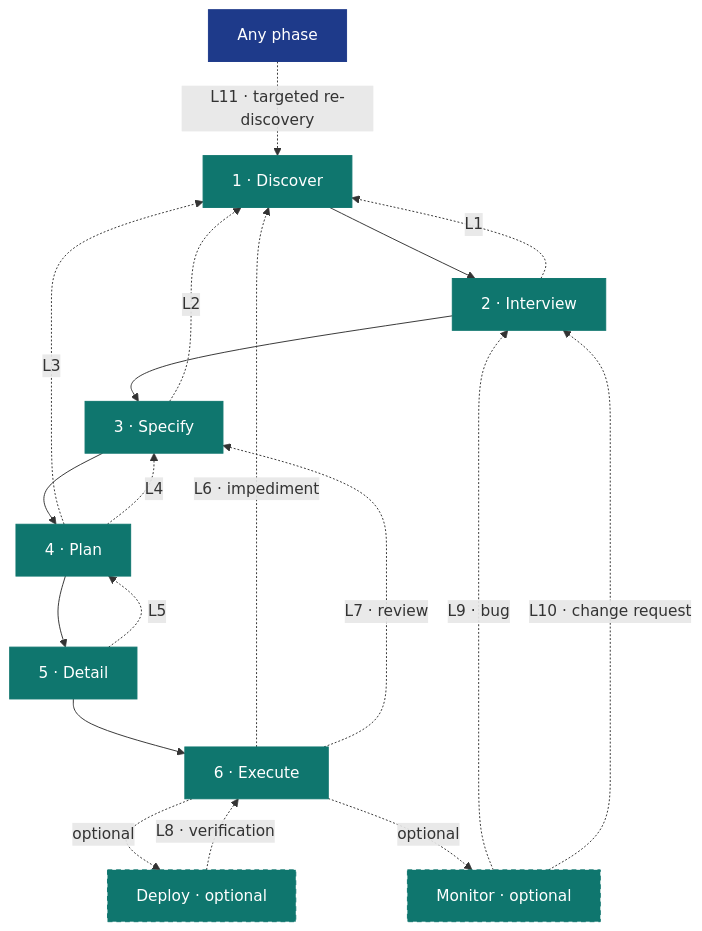
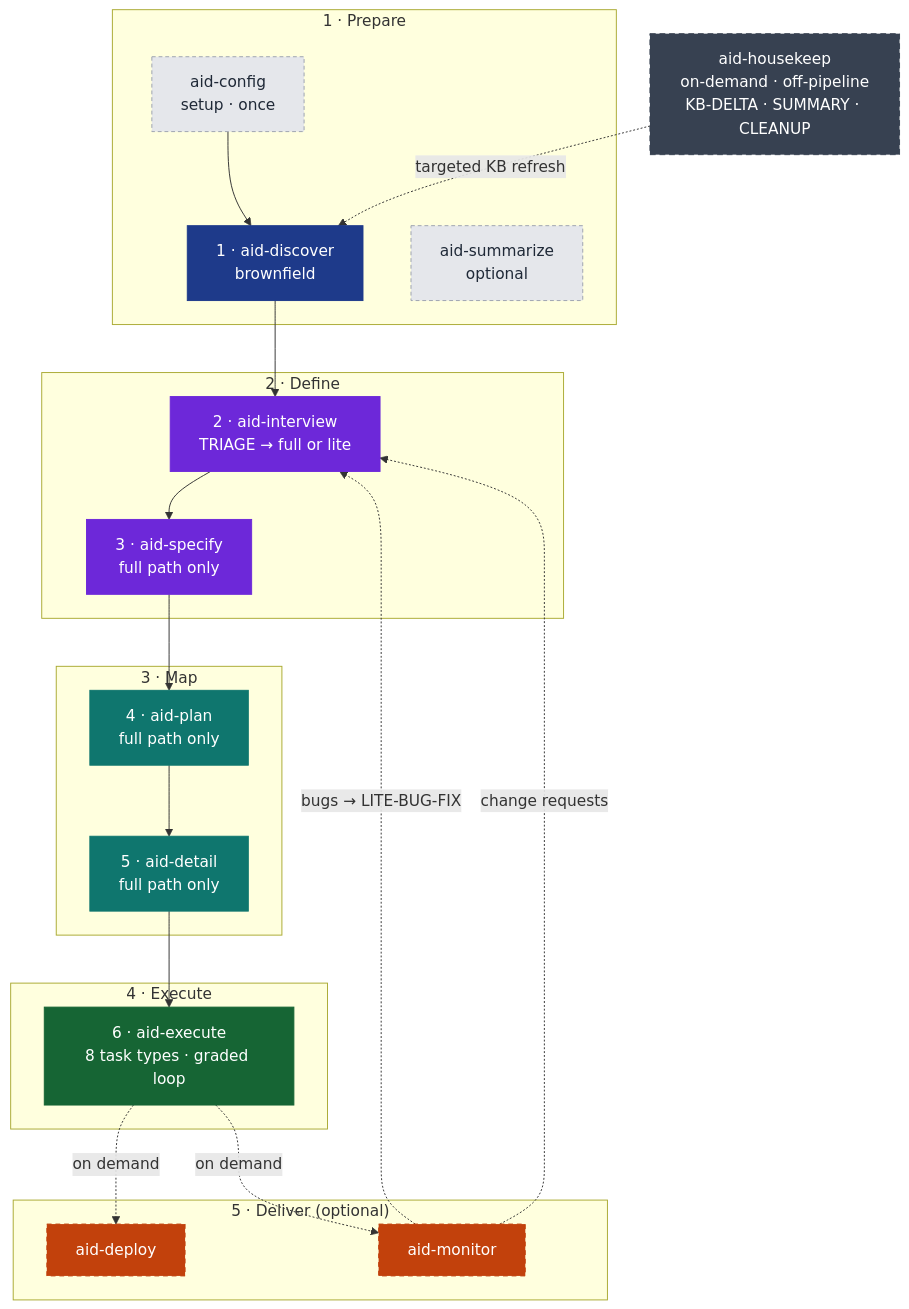
One commit to AndreVianna/aid-methodology changed the first of 7 diagrams in methodology/aid-methodology.md. Above: the diagram before and after it, drawn with Mermaid. The commit also changed other lines of this file and 4 other files, not shown here.

````diff
--- a/methodology/aid-methodology.md
+++ b/methodology/aid-methodology.md
@@ -713,32 +26,40 @@
 ```mermaid
 flowchart TB
-    classDef phase fill:#0F766E,stroke:#0F766E,color:#ffffff
-    classDef kb fill:#1E3A8A,stroke:#1E3A8A,color:#ffffff
-    classDef optional fill:#0F766E,stroke:#0F766E,color:#ffffff,stroke-dasharray:5 4
+    classDef prep    fill:#1E3A8A,stroke:#1E3A8A,color:#ffffff
+    classDef def     fill:#6D28D9,stroke:#6D28D9,color:#ffffff
+    classDef map     fill:#0F766E,stroke:#0F766E,color:#ffffff
+    classDef exe     fill:#166534,stroke:#166534,color:#ffffff
+    classDef delopt  fill:#C2410C,stroke:#C2410C,color:#ffffff,stroke-dasharray:5 4
+    classDef aux     fill:#E5E7EB,stroke:#9CA3AF,color:#1F2937,stroke-dasharray:4 3
+    classDef offpipe fill:#374151,stroke:#374151,color:#ffffff,stroke-dasharray:6 4
 
-    D["1 · Discover"]:::phase
-    I["2 · Interview"]:::phase
-    S["3 · Specify"]:::phase
-    P["4 · Plan"]:::phase
-    Dt["5 · Detail"]:::phase
-    E["6 · Execute"]:::phase
-    Dp["Deploy · optional"]:::optional
-    M["Monitor · optional"]:::optional
+    subgraph G1[" 1 · Prepare "]
+        Init["aid-config<br/>setup · once"]:::aux
+        Disc["1 · aid-discover<br/>brownfield"]:::prep
+        Sum["aid-summarize<br/>optional"]:::aux
+    end
+    subgraph G2[" 2 · Define "]
+        Intv["2 · aid-interview<br/>TRIAGE → full or lite"]:::def
+        Spec["3 · aid-specify<br/>full path only"]:::def
+    end
+    subgraph G3[" 3 · Map "]
+        Plan["4 · aid-plan<br/>full path only"]:::map
+        Det["5 · aid-detail<br/>full path only"]:::map
+    end
+    subgraph G4[" 4 · Execute "]
+        Exe["6 · aid-execute<br/>8 task types · graded loop"]:::exe
+    end
+    subgraph G5[" 5 · Deliver (optional) "]
+        Dep["aid-deploy"]:::delopt
+        Mon["aid-monitor"]:::delopt
+    end
 
-    D --> I --> S --> P --> Dt --> E
-    E -. "optional" .-> Dp
-    E -. "optional" .-> M
+    HK["aid-housekeep<br/>on-demand · off-pipeline<br/>KB-DELTA · SUMMARY · CLEANUP"]:::offpipe
 
-    I -. "L1" .-> D
-    S -. "L2" .-> D
-    P -. "L3" .-> D
-    P -. "L4" .-> S
-    Dt -. "L5" .-> P
-    E -. "L6 · impediment" .-> D
-    E -. "L7 · review" .-> S
-    Dp -. "L8 · verification" .-> E
-    M -. "L9 · bug" .-> I
-    M -. "L10 · change request" .-> I
-
-    Any["Any phase"]:::kb -. "L11 · targeted re-discovery" .-> D
+    Init --> Disc --> Intv --> Spec --> Plan --> Det --> Exe
+    Exe -. "on demand" .-> Dep
+    Exe -. "on demand" .-> Mon
+    Mon -. "bugs → LITE-BUG-FIX" .-> Intv
+    Mon -. "change requests" .-> Intv
+    HK  -. "targeted KB refresh" .-> Disc
 ```
````
